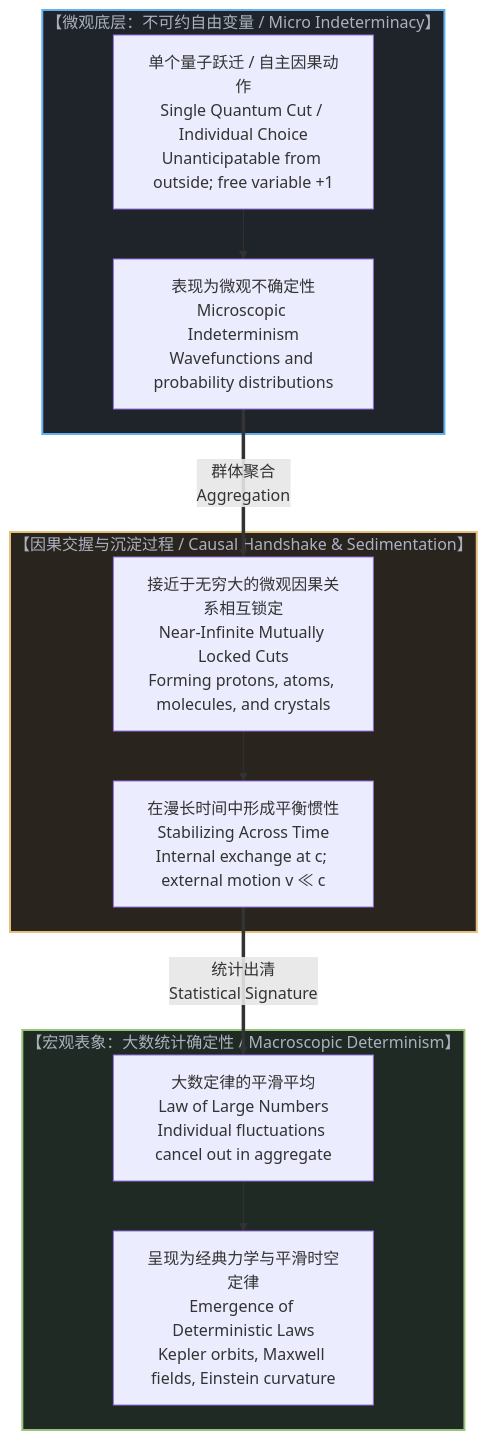
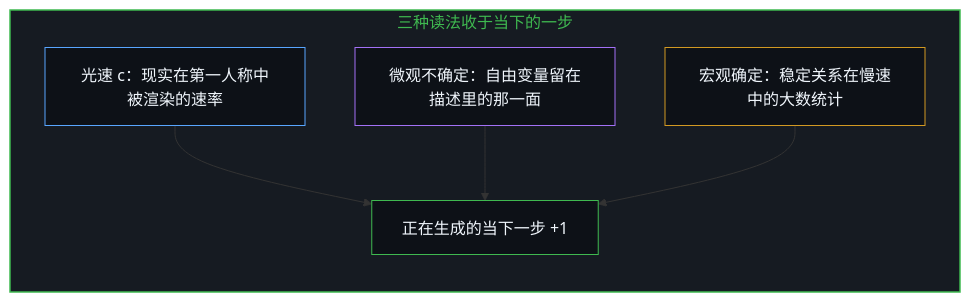
Before and after one commit to powerpig99/not-a-toe: diagram 11 of 12 in content/posts/when-electrons-think.md, drawn with Mermaid. The commit also changed other lines of this file and 2 other files, not shown here.

Commit message:
Refine when-electrons-think: alternating bilingual layout, six paired diagrams, two faces of one thing, implicit first person

````diff
--- a/content/posts/when-electrons-think.md
+++ b/content/posts/when-electrons-think.md
@@ -217,27 +353,19 @@
 ```mermaid
-graph TD
-    subgraph MicroLevel["【微观底层：不可约自由变量 / Micro Indeterminacy】"]
-        IndividualCut["单个量子跃迁 / 自主因果动作<br>Single Quantum Cut / Individual Choice<br>Unanticipatable from outside; free variable +1"]
-        IndeterminacySign["表现为微观不确定性<br>Microscopic Indeterminism<br>Wavefunctions and probability distributions"]
-        IndividualCut --> IndeterminacySign
+flowchart TD
+    subgraph S_Step["三种读法收于当下的一步"]
+        direction TB
+        Light["光速 c：现实在第一人称中被渲染的速率"]
+        Micro["微观不确定：自由变量留在描述里的那一面"]
+        Macro["宏观确定：稳定关系在慢速中的大数统计"]
+        Now["正在生成的当下一步 +1"]
+        Light --> Now
+        Micro --> Now
+        Macro --> Now
     end
 
-    subgraph StabilizationProcess["【因果交握与沉淀过程 / Causal Handshake & Sedimentation】"]
-        MutualLocking["接近于无穷大的微观因果关系相互锁定<br>Near-Infinite Mutually Locked Cuts<br>Forming protons, atoms, molecules, and crystals"]
-        LongTimeScales["在漫长时间中形成平衡惯性<br>Stabilizing Across Time<br>Internal exchange at c; external motion v ≪ c"]
-        MutualLocking --> LongTimeScales
-    end
-
-    subgraph MacroLevel["【宏观表象：大数统计确定性 / Macroscopic Determinism】"]
-        LawOfLargeNumbers["大数定律的平滑平均<br>Law of Large Numbers<br>Individual fluctuations cancel out in aggregate"]
-        DeterministicLaws["呈现为经典力学与平滑时空定律<br>Emergence of Deterministic Laws<br>Kepler orbits, Maxwell fields, Einstein curvature"]
-        LawOfLargeNumbers --> DeterministicLaws
-    end
-
-    IndeterminacySign ==>|"群体聚合<br>Aggregation"| MutualLocking
-    LongTimeScales ==>|"统计出清<br>Statistical Signature"| LawOfLargeNumbers
-
-    style MicroLevel fill:#1f242a,stroke:#61afef,stroke-width:2px,color:#abb2bf
-    style StabilizationProcess fill:#2a241f,stroke:#e5c07b,stroke-width:2px,color:#abb2bf
-    style MacroLevel fill:#1f2a24,stroke:#98c379,stroke-width:2px,color:#abb2bf
+    style S_Step fill:#161b22,stroke:#3fb950,stroke-width:1.5px,color:#3fb950
+    style Light fill:#0d1117,stroke:#58a6ff,stroke-width:1px,color:#f0f6fc
+    style Micro fill:#0d1117,stroke:#a371f7,stroke-width:1px,color:#f0f6fc
+    style Macro fill:#0d1117,stroke:#d29922,stroke-width:1px,color:#f0f6fc
+    style Now fill:#0d1117,stroke:#3fb950,stroke-width:1px,color:#f0f6fc
 ```
````
